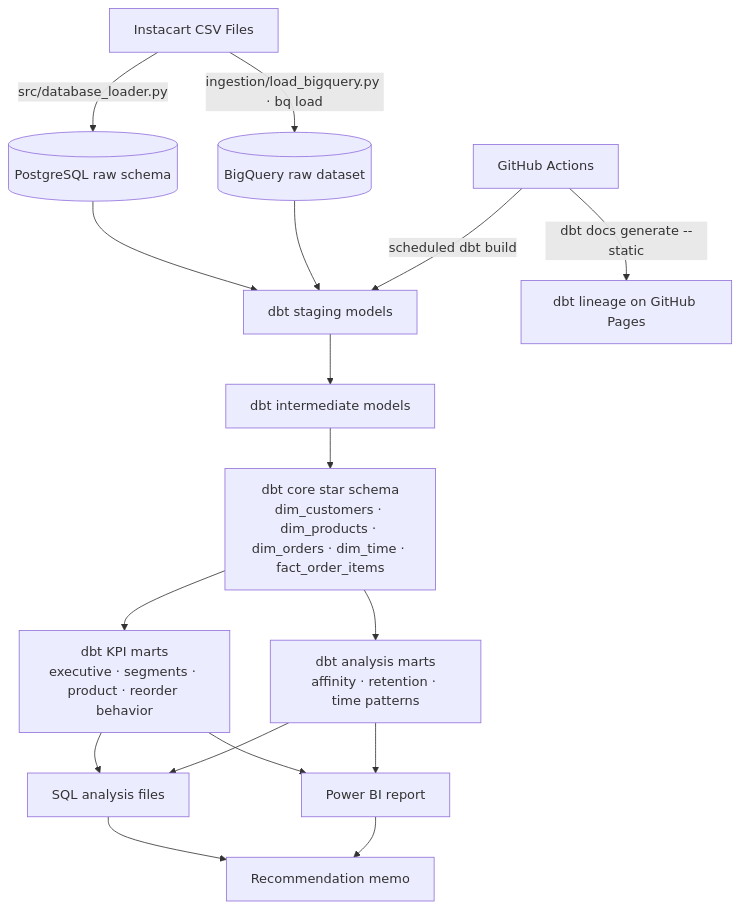
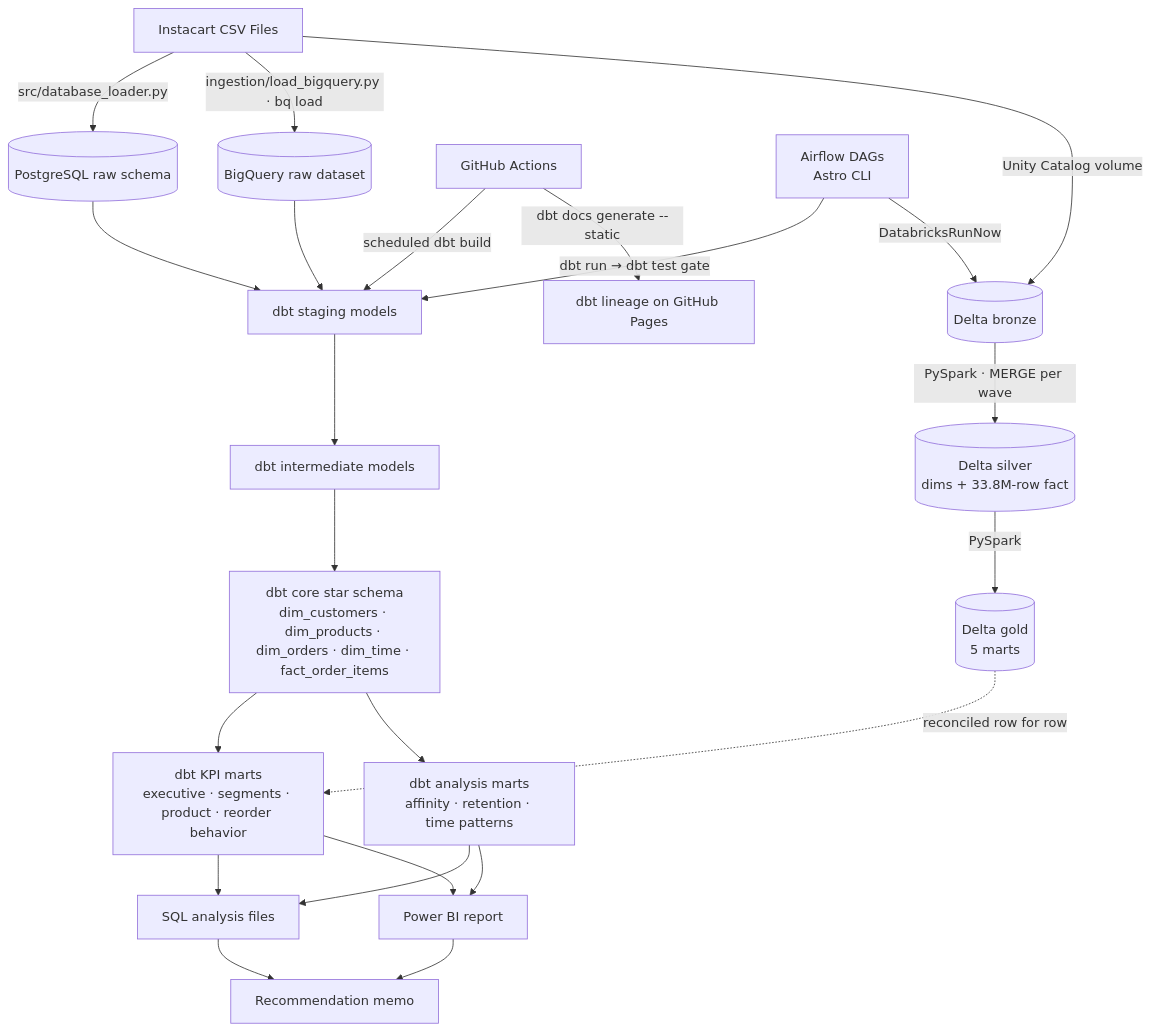
One commit to Kartz82/instacart-intelligence-platform changed the diagram in README.md. Above: the diagram before and after it, drawn with Mermaid. The commit also changed other lines of this file and 51 other files, not shown here.

````diff
--- a/README.md
+++ b/README.md
@@ -57,19 +57,25 @@
 ```mermaid
 flowchart TD
     A[Instacart CSV Files] -->|src/database_loader.py| B[(PostgreSQL raw schema)]
     A -->|ingestion/load_bigquery.py · bq load| B2[(BigQuery raw dataset)]
     B --> C[dbt staging models]
     B2 --> C
     C --> D[dbt intermediate models]
     D --> E[dbt core star schema<br/>dim_customers · dim_products · dim_orders · dim_time · fact_order_items]
     E --> F[dbt KPI marts<br/>executive · segments · product · reorder behavior]
     E --> G[dbt analysis marts<br/>affinity · retention · time patterns]
     F --> H[SQL analysis files]
     G --> H
     F --> I[Power BI report]
     G --> I
     H --> J[Recommendation memo]
     I --> J
     K[GitHub Actions] -->|scheduled dbt build| C
     K -->|dbt docs generate --static| L[dbt lineage on GitHub Pages]
+    A -->|Unity Catalog volume| M[(Delta bronze)]
+    M -->|PySpark · MERGE per wave| N[(Delta silver<br/>dims + 33.8M-row fact)]
+    N -->|PySpark| O[(Delta gold<br/>5 marts)]
+    O -.reconciled row for row.-> F
+    P[Airflow DAGs<br/>Astro CLI] -->|dbt run → dbt test gate| C
+    P -->|DatabricksRunNow| M
 ```
````
